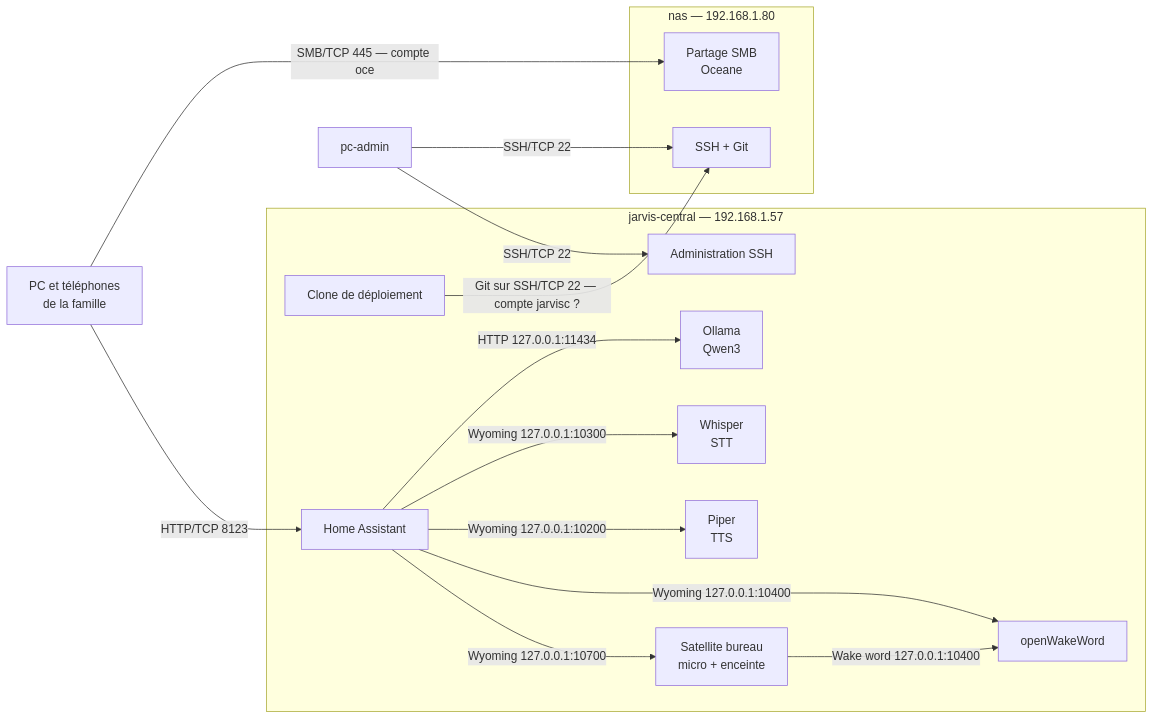
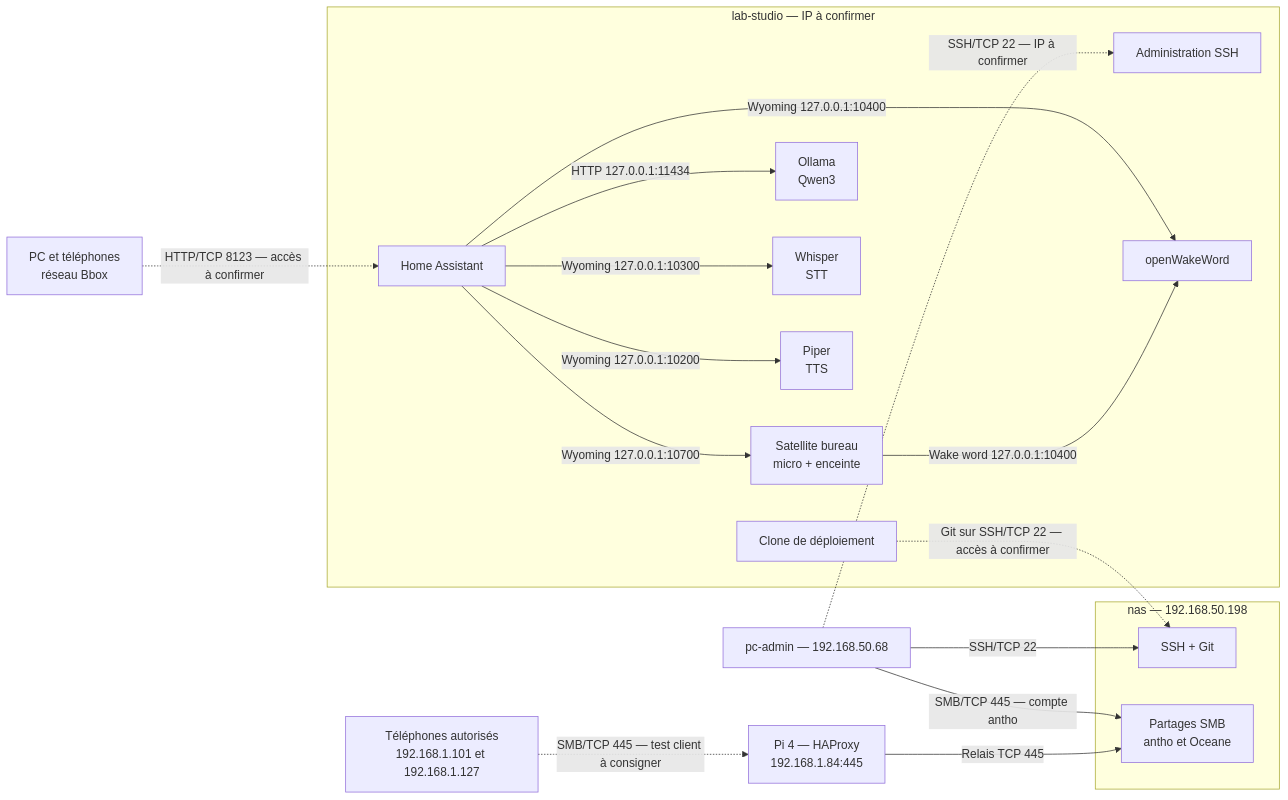
The second of 5 diagrams in reference-homelab.md (LaoTseu0/homelab), drawn with Mermaid before and after one commit. The commit also changed other lines of this file and 112 other files, not shown here.

Commit message:
Structurer le homelab et déployer lab-studio avec Ansible

````diff
--- a/reference-homelab.md
+++ b/reference-homelab.md
@@ -126,34 +131,38 @@
 ```mermaid
 flowchart LR
-    Admin["pc-admin"]
-    Family["PC et téléphones<br/>de la famille"]
+    Admin["pc-admin — 192.168.50.68"]
+    Family["PC et téléphones<br/>réseau Bbox"]
+    Phones["Téléphones autorisés<br/>192.168.1.101 et 192.168.1.127"]
+    Relay["Pi 4 — HAProxy<br/>192.168.1.84:445"]
 
-    subgraph NAS["nas — 192.168.1.80"]
+    subgraph NAS["nas — 192.168.50.198"]
         NasSSH["SSH + Git"]
-        Samba["Partage SMB<br/>Oceane"]
+        Samba["Partages SMB<br/>antho et Oceane"]
     end
 
-    subgraph JC["jarvis-central — 192.168.1.57"]
+    subgraph JC["lab-studio — IP à confirmer"]
         CentralSSH["Administration SSH"]
         Deploy["Clone de déploiement"]
         HA["Home Assistant"]
         Ollama["Ollama<br/>Qwen3"]
         Whisper["Whisper<br/>STT"]
         Piper["Piper<br/>TTS"]
         Wake["openWakeWord"]
         Satellite["Satellite bureau<br/>micro + enceinte"]
     end
 
     Admin -->|"SSH/TCP 22"| NasSSH
-    Admin -->|"SSH/TCP 22"| CentralSSH
-    Family -->|"SMB/TCP 445 — compte oce"| Samba
-    Family -->|"HTTP/TCP 8123"| HA
-    Deploy -->|"Git sur SSH/TCP 22 — compte jarvisc ?"| NasSSH
+    Admin -->|"SMB/TCP 445 — compte antho"| Samba
+    Admin -.->|"SSH/TCP 22 — IP à confirmer"| CentralSSH
+    Phones -.->|"SMB/TCP 445 — test client à consigner"| Relay
+    Relay -->|"Relais TCP 445"| Samba
+    Family -.->|"HTTP/TCP 8123 — accès à confirmer"| HA
+    Deploy -.->|"Git sur SSH/TCP 22 — accès à confirmer"| NasSSH
 
     HA -->|"HTTP 127.0.0.1:11434"| Ollama
     HA -->|"Wyoming 127.0.0.1:10300"| Whisper
     HA -->|"Wyoming 127.0.0.1:10200"| Piper
     HA -->|"Wyoming 127.0.0.1:10400"| Wake
     HA -->|"Wyoming 127.0.0.1:10700"| Satellite
     Satellite -->|"Wake word 127.0.0.1:10400"| Wake
 ```
````
